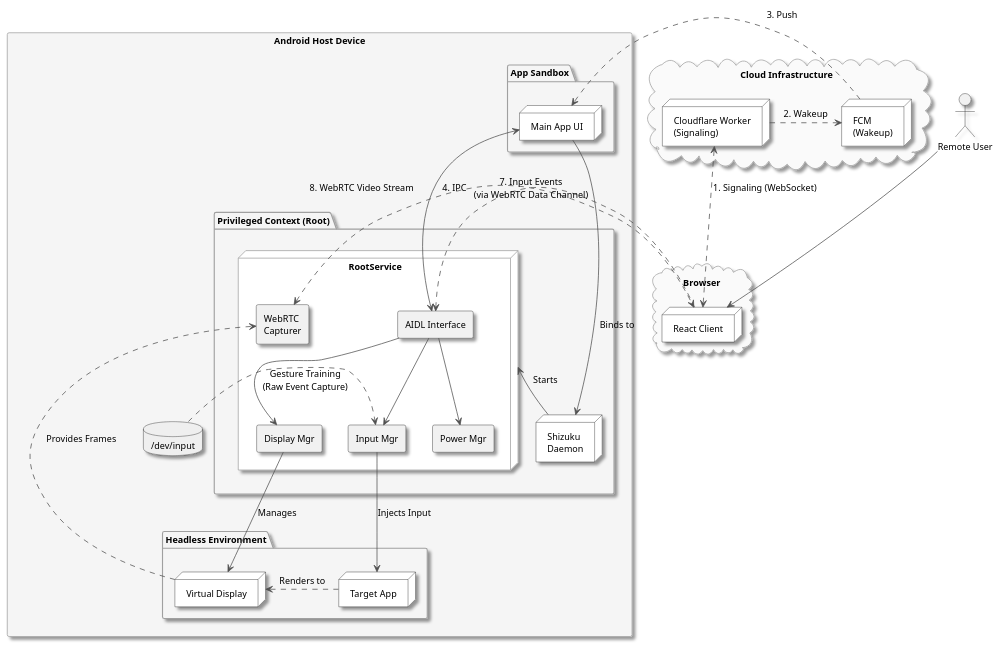
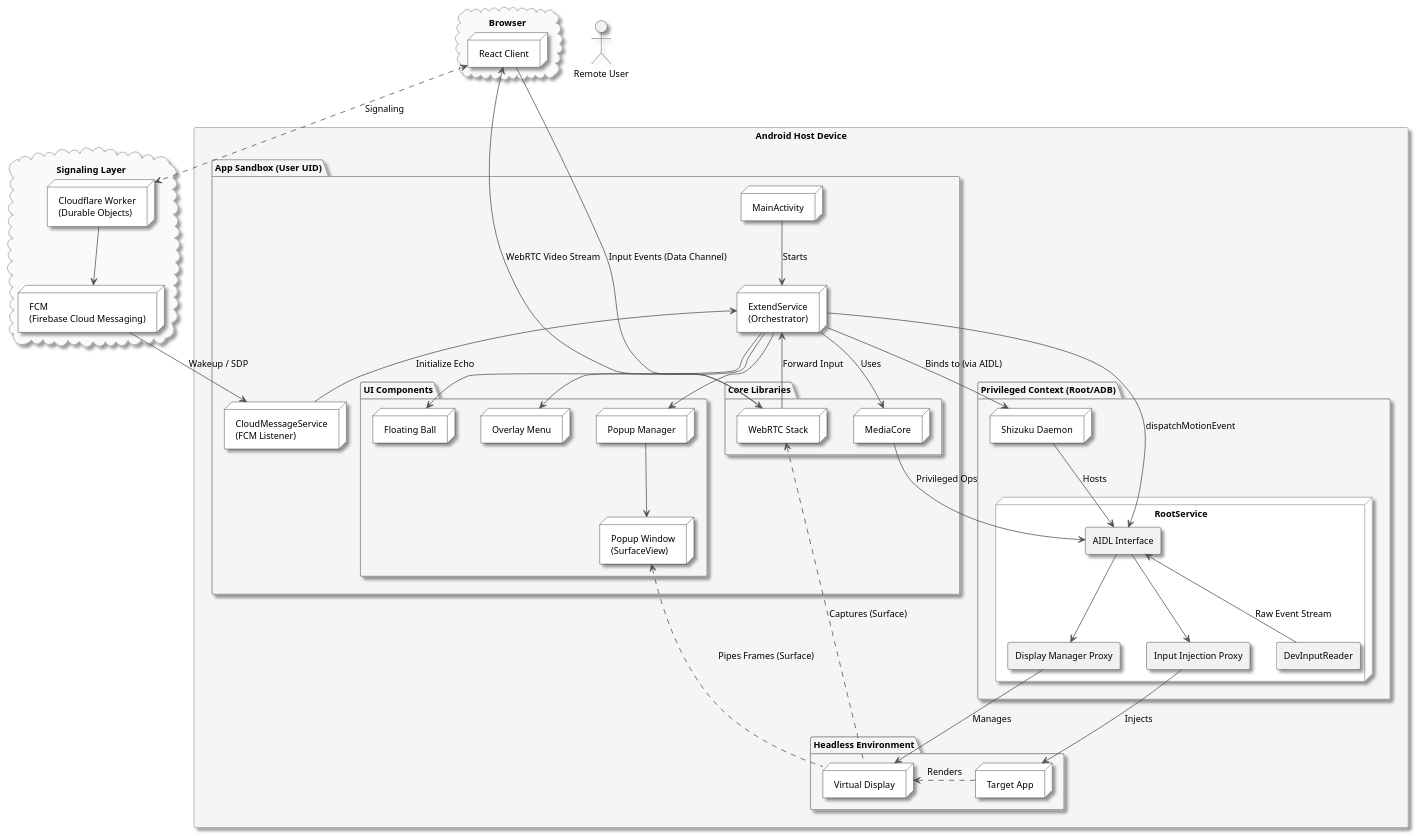
Before and after one commit to legendsayantan/Extendroid: the diagram in arch.adoc, drawn with PlantUML. The commit also changed other lines of this file, not shown here.

Commit message:
updated arch.adoc links and diagram

```diff
--- a/arch.adoc
+++ b/arch.adoc
@@ -32,9 +35,6 @@
     cloud {
         BackgroundColor #FAFAFA
     }
-    database {
-        BackgroundColor #EFEFEF
-    }
 }
 
 actor "Remote User" as User
@@ -43,24 +43,37 @@
   node "React Client" as WebApp
 }
 
-cloud "Cloud Infrastructure" {
-    node "Cloudflare Worker\n(Signaling)" as Worker
-    node "FCM\n(Wakeup)" as FCM
+cloud "Signaling Layer" {
+    node "Cloudflare Worker\n(Durable Objects)" as Worker
+    node "FCM\n(Firebase Cloud Messaging)" as FCM
 }
 
 rectangle "Android Host Device" {
-    package "App Sandbox" {
-        node "Main App UI" as AppUI
+    package "App Sandbox (User UID)" {
+        node "MainActivity" as UI
+        node "ExtendService\n(Orchestrator)" as ExtSvc
+        node "CloudMessageService\n(FCM Listener)" as FCMListener
+
+        package "UI Components" {
+            node "Floating Ball" as Ball
+            node "Overlay Menu" as Menu
+            node "Popup Manager" as PopupMgr
+            node "Popup Window\n(SurfaceView)" as PopupWin
+        }
+
+        package "Core Libraries" {
+            node "MediaCore" as Media
+            node "WebRTC Stack" as RtcStack
+        }
     }
 
-    package "Privileged Context (Root)" {
-        node "Shizuku\nDaemon" as Shizuku
+    package "Privileged Context (Root/ADB)" {
+        node "Shizuku Daemon" as Shizuku
         node "RootService" {
             rectangle "AIDL Interface" as Aidl
-            rectangle "Display Mgr" as DispMgr
-            rectangle "Power Mgr" as PwrMgr
-            rectangle "Input Mgr" as InputMgr
-            rectangle "WebRTC\nCapturer" as RtcCapturer
+            rectangle "Display Manager Proxy" as DispMgr
+            rectangle "Input Injection Proxy" as InputMgr
+            rectangle "DevInputReader" as RawInput
         }
     }
 
@@ -68,40 +81,50 @@
         node "Virtual Display" as VDisplay
         node "Target App" as TargetApp
     }
-
-    database "/dev/input" as DevInput
 }
 
 ' --- Relationships ---
-User -down-> WebApp
-AppUI -> Shizuku : "Binds to"
-Shizuku -up-> RootService : "Starts"
+
+' Setup & Orchestration
+UI -down-> ExtSvc : "Starts"
+ExtSvc -right-> Shizuku : "Binds to (via AIDL)"
+Shizuku -down-> Aidl : "Hosts"
+ExtSvc -down-> Media : "Uses"
+Media -down-> Aidl : "Privileged Ops"
+
+' UI Control
+ExtSvc -down-> Ball
+ExtSvc -down-> Menu
+ExtSvc -down-> PopupMgr
+PopupMgr -down-> PopupWin
 
 ' Signaling Flow
-WebApp <.up.> Worker : "1. Signaling (WebSocket)"
-Worker .> FCM : "2. Wakeup"
-FCM .> AppUI : "3. Push"
+WebApp <.down.> Worker : "Signaling"
+Worker -down-> FCM
+FCM -down-> FCMListener : "Wakeup / SDP"
+FCMListener -up-> ExtSvc : "Initialize Echo"
 
-' On-Device Control Flow
-AppUI <-down-> Aidl : "4. IPC"
+' Media Flow
 Aidl -down-> DispMgr
-Aidl -down-> PwrMgr
+DispMgr -down-> VDisplay : "Manages"
+TargetApp .right.> VDisplay : "Renders"
+
+' Local Rendering
+VDisplay .up.> PopupWin : "Pipes Frames (Surface)"
+
+' Remote Rendering
+VDisplay .left.> RtcStack : "Captures (Surface)"
+RtcStack -left-> WebApp : "WebRTC Video Stream"
+
+' Input Path
+WebApp -right-> RtcStack : "Input Events (Data Channel)"
+RtcStack -up-> ExtSvc : "Forward Input"
+ExtSvc -down-> Aidl : "dispatchMotionEvent"
 Aidl -down-> InputMgr
+InputMgr -down-> TargetApp : "Injects"
 
-DispMgr -down-> VDisplay : "Manages"
-InputMgr -down-> TargetApp : "Injects Input"
-
-' Rendering and Streaming Flow
-TargetApp .> VDisplay : "Renders to"
-VDisplay .> RtcCapturer : "Provides Frames"
-WebApp <.left.> RtcCapturer : "8. WebRTC Video Stream"
-
-' WebRTC Data Channel for Input
-WebApp .> Aidl : "7. Input Events\n(via WebRTC Data Channel)"
-
-' Gesture Training Flow (One-time)
-DevInput .> InputMgr : "Gesture Training\n(Raw Event Capture)"
-
+' Gesture Training
+RawInput -up-> Aidl : "Raw Event Stream"
 
 @enduml
 ....
```
